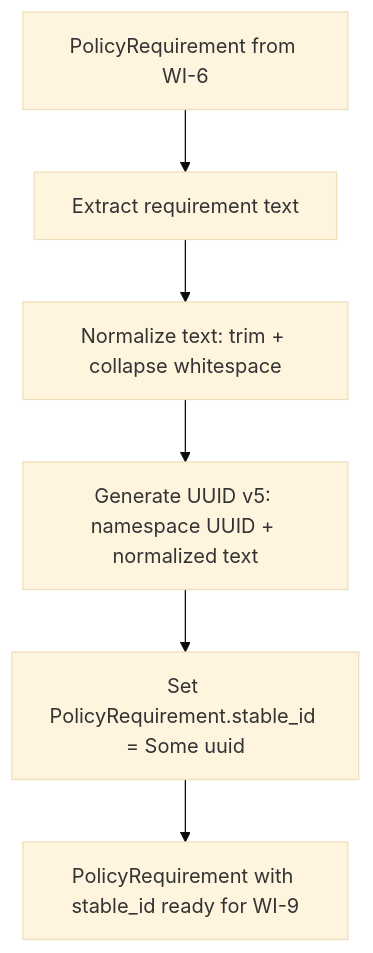
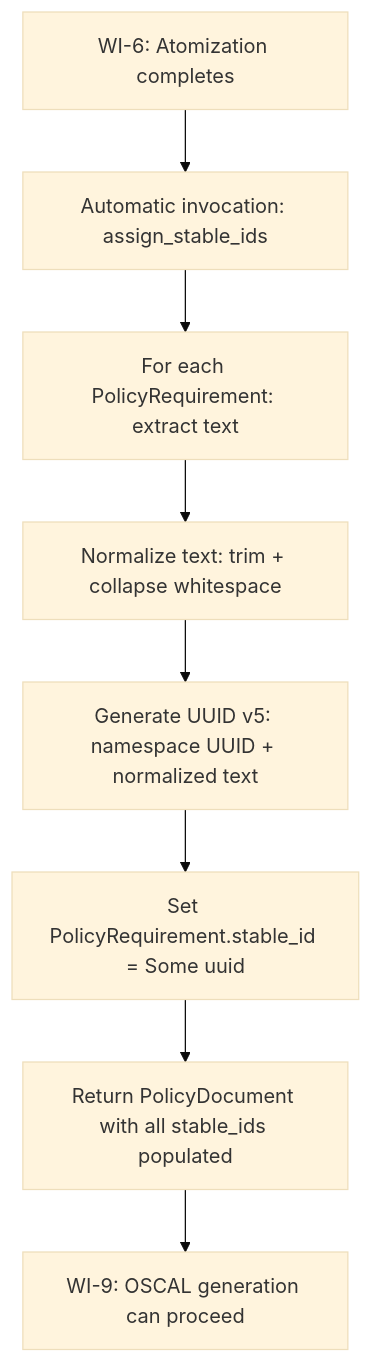
The first of 4 diagrams in docs/PRD/007-prd-uuid-generation.md (policy-forge/forge), drawn with Mermaid (base theme) before and after one commit. The commit also changed other lines of this file and 19 other files, not shown here.

First line of the commit message:
Implement deterministic UUID v5 generation for policy requirements (WI-7)

````diff
--- a/docs/PRD/007-prd-uuid-generation.md
+++ b/docs/PRD/007-prd-uuid-generation.md
@@ -163,8 +174,10 @@
 ```mermaid
 flowchart TD
-    A[PolicyRequirement from WI-6] --> B[Extract requirement text]
-    B --> C[Normalize text: trim + collapse whitespace]
-    C --> D[Generate UUID v5: namespace UUID + normalized text]
-    D --> E[Set PolicyRequirement.stable_id = Some uuid]
-    E --> F[PolicyRequirement with stable_id ready for WI-9]
+    A[WI-6: Atomization completes] --> B[Automatic invocation: assign_stable_ids]
+    B --> C[For each PolicyRequirement: extract text]
+    C --> D[Normalize text: trim + collapse whitespace]
+    D --> E[Generate UUID v5: namespace UUID + normalized text]
+    E --> F[Set PolicyRequirement.stable_id = Some uuid]
+    F --> G[Return PolicyDocument with all stable_ids populated]
+    G --> H[WI-9: OSCAL generation can proceed]
 ```
````
